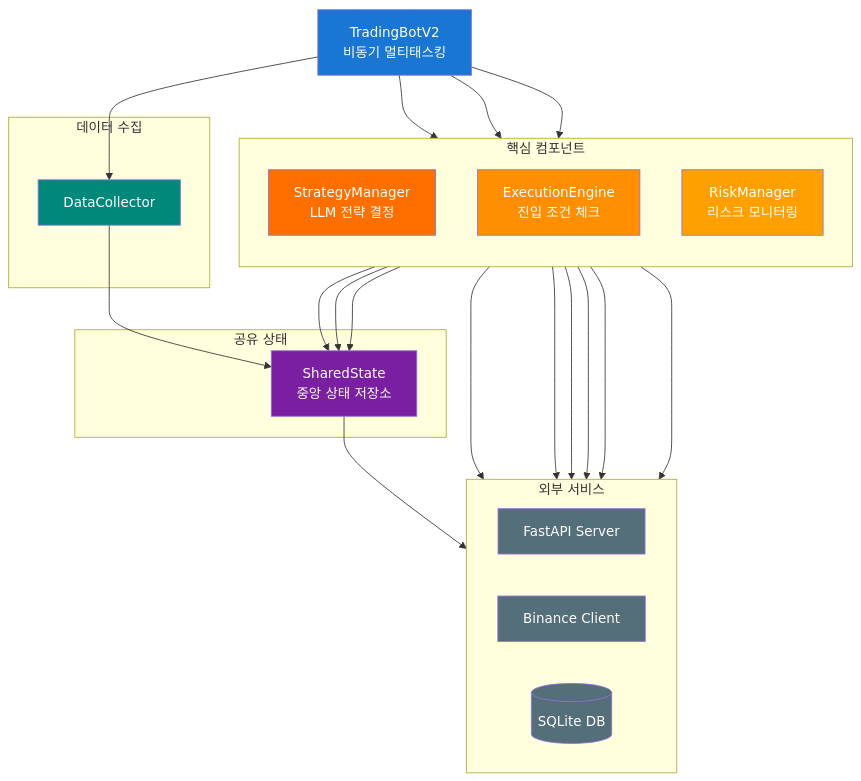
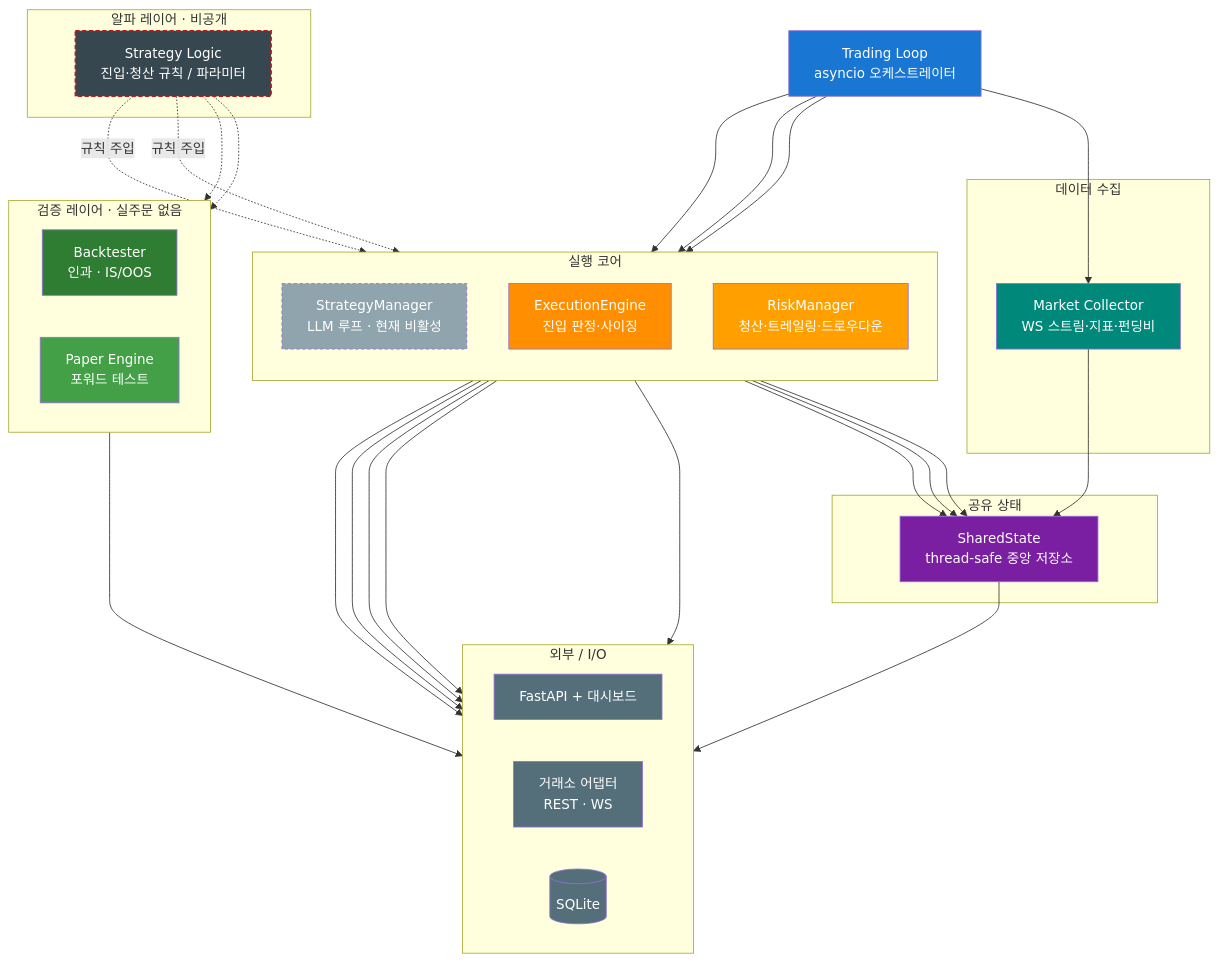
One commit to lmj00/ai-trading-md changed the first of 3 diagrams in README.md. Above: the diagram before and after it, drawn with Mermaid. The commit also changed other lines of this file, not shown here.

````diff
--- a/README.md
+++ b/README.md
@@ -27,65 +29,74 @@
 ```mermaid
 graph TB
-    Bot[TradingBotV2<br/>비동기 멀티태스킹]
+    Bot[Trading Loop<br/>asyncio 오케스트레이터]
 
     Bot --> SM
     Bot --> EE
     Bot --> RM
     Bot --> DC
 
-    subgraph Core["핵심 컴포넌트"]
+    subgraph Alpha["알파 레이어 · 비공개"]
+        STRAT[Strategy Logic<br/>진입·청산 규칙 / 파라미터]
+    end
+
+    subgraph Core["실행 코어"]
         direction TB
-        SM[StrategyManager<br/>LLM 전략 결정]
-        EE[ExecutionEngine<br/>진입 조건 체크]
-        RM[RiskManager<br/>리스크 모니터링]
+        SM[StrategyManager<br/>LLM 루프 · 현재 비활성]
+        EE[ExecutionEngine<br/>진입 판정·사이징]
+        RM[RiskManager<br/>청산·트레일링·드로우다운]
     end
 
     subgraph Data["데이터 수집"]
-        DC[DataCollector]
+        DC[Market Collector<br/>WS 스트림·지표·펀딩비]
     end
+
+    STRAT -.규칙 주입.-> EE
+    STRAT -.규칙 주입.-> RM
 
     SM --> SS
     EE --> SS
     RM --> SS
     DC --> SS
 
     subgraph State["공유 상태"]
-        SS[SharedState<br/>중앙 상태 저장소]
+        SS[SharedState<br/>thread-safe 중앙 저장소]
     end
 
     SS --> API
 
-    SM --> BC
-    EE --> BC
-    RM --> BC
+    EE --> EX
+    RM --> EX
 
     SM --> DB
     EE --> DB
     RM --> DB
 
-    subgraph External["외부 서비스"]
+    subgraph Val["검증 레이어 · 실주문 없음"]
         direction LR
-        BC[Binance Client]
-        DB[(SQLite DB)]
-        API[FastAPI Server]
+        BT[Backtester<br/>인과 · IS/OOS]
+        PP[Paper Engine<br/>포워드 테스트]
+    end
+    STRAT -.-> BT
+    STRAT -.-> PP
+    PP --> DB
+
+    subgraph External["외부 / I/O"]
+        direction LR
+        EX[거래소 어댑터<br/>REST · WS]
+        DB[(SQLite)]
+        API[FastAPI + 대시보드]
     end
 
-    %% Main - Primary Blue
     style Bot fill:#1976D2,color:#fff
-
-    %% Core - Orange/Amber 계열
-    style SM fill:#FF6F00,color:#fff
+    style STRAT fill:#37474F,color:#fff,stroke:#B71C1C,stroke-width:2px,stroke-dasharray:5 3
+    style SM fill:#90A4AE,color:#fff,stroke-dasharray:4 3
     style EE fill:#FF8F00,color:#fff
     style RM fill:#FFA000,color:#fff
-
-    %% State - Purple 계열
     style SS fill:#7B1FA2,color:#fff
-
-    %% Data - Teal 계열
     style DC fill:#00897B,color:#fff
-
-    %% External - Grey 계열
-    style BC fill:#546E7A,color:#fff
+    style BT fill:#2E7D32,color:#fff
+    style PP fill:#43A047,color:#fff
+    style EX fill:#546E7A,color:#fff
     style DB fill:#546E7A,color:#fff
     style API fill:#546E7A,color:#fff
 ```
````
